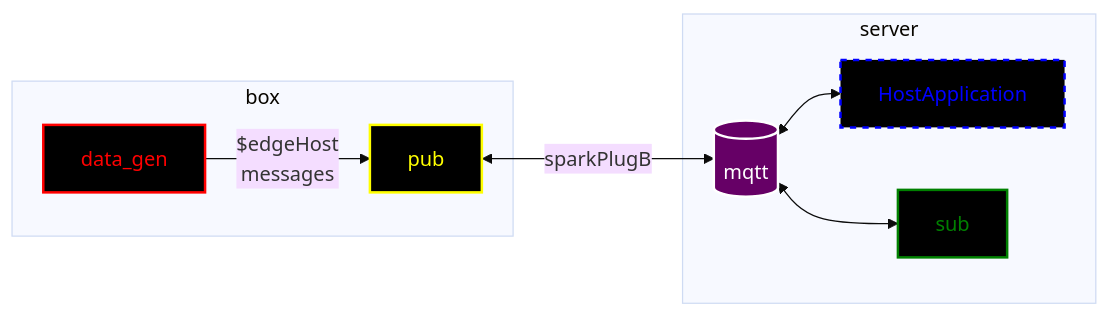
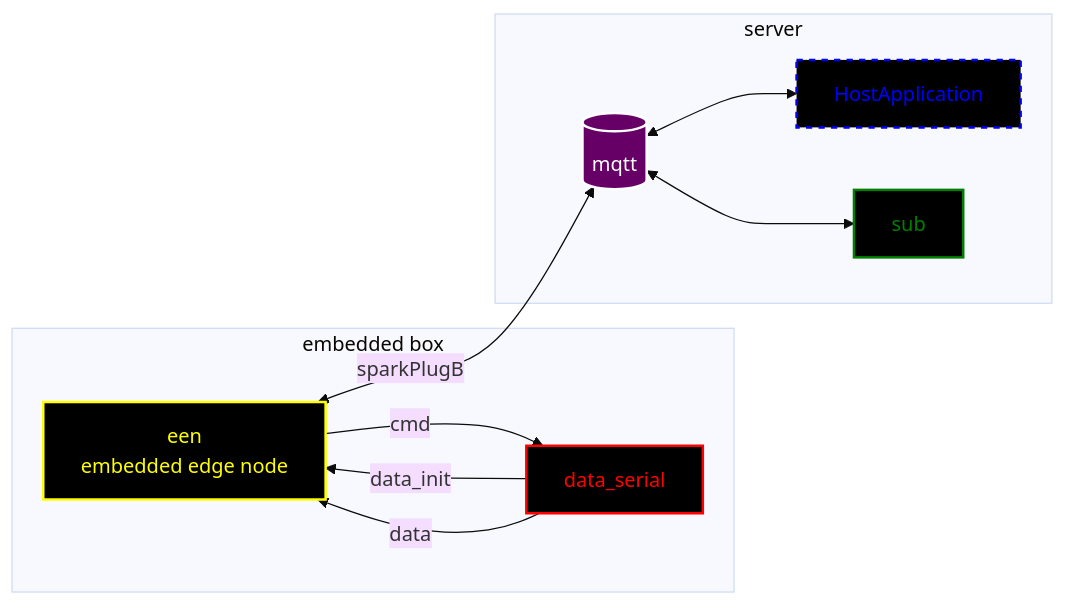
Before and after one commit to DJTakushi/spbd: the diagram in README.md, drawn with Mermaid (base theme). The commit also changed other lines of this file, not shown here.

Commit message:
een replaces pub in docs; architecture diagram revision

````diff
--- a/README.md
+++ b/README.md
@@ -15,18 +15,22 @@
 ```mermaid
 flowchart LR
-  subgraph box
-    data_gen --$edgeHost<br>messages--> pub
-    style data_gen fill:black,stroke:red,stroke-width:2px,color:red
-    style pub fill:black,stroke:yellow,stroke-width:2px,color:yellow
+  subgraph embedded box
+    een[een <br>embedded edge node]
+    data_serial --data_init--> een
+    data_serial --data--> een
+    een --cmd--> data_serial
+
+    style data_serial fill:black,stroke:red,stroke-width:2px,color:red
+    style een fill:black,stroke:yellow,stroke-width:2px,color:yellow
   end
 
   subgraph server
     mqtt <--> HostApplication
-    pub  <--sparkPlugB--> mqtt[(mqtt)] <--> sub
+    een  <--sparkPlugB--> mqtt[(mqtt)] <--> sub
 
     style mqtt fill:#660066,stroke:#fff,stroke-width:2px,color:#fff
     style sub fill:black,stroke:green,stroke-width:2px,color:green
 
     style HostApplication fill:black,stroke:blue,stroke-width:2px,color:blue,stroke-dasharray: 5 5
   end
 ```
````
